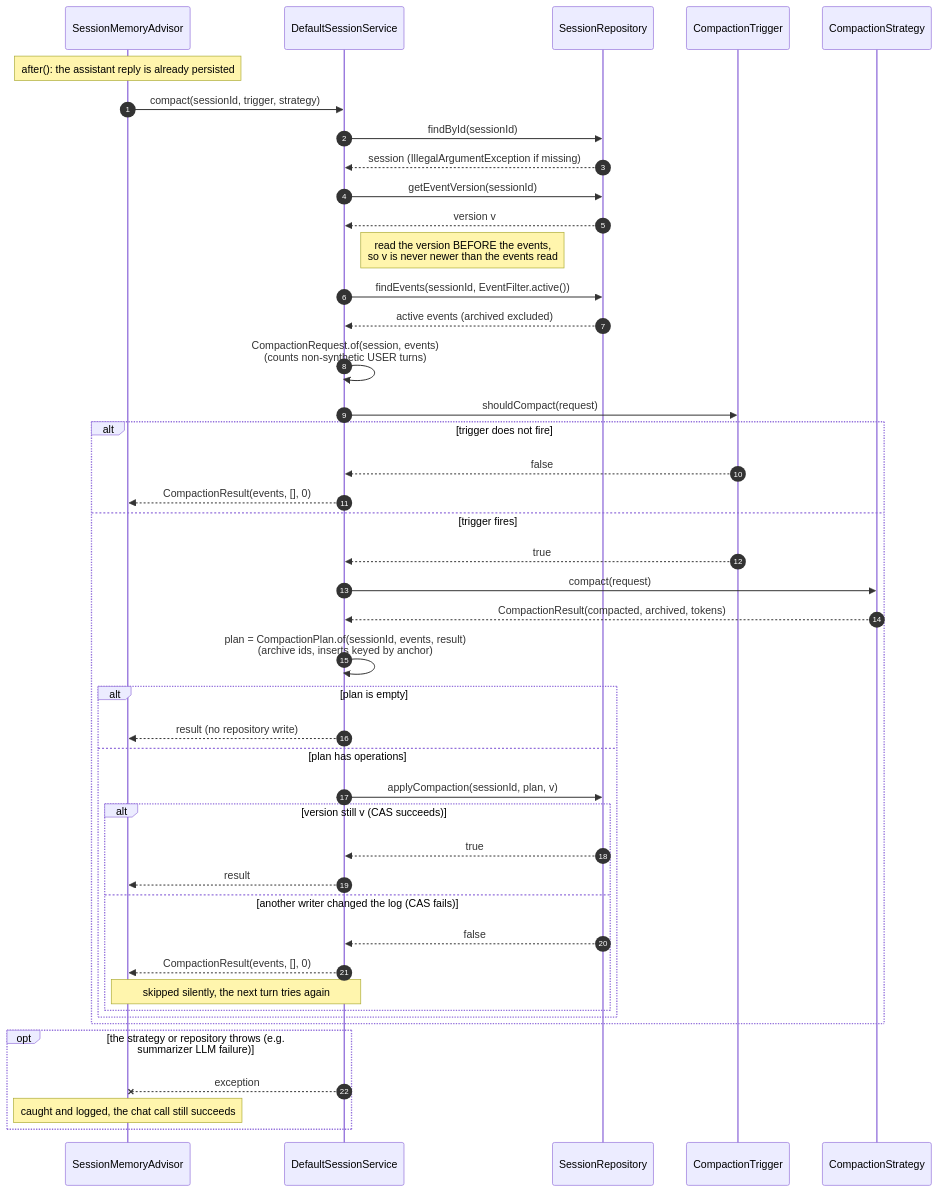
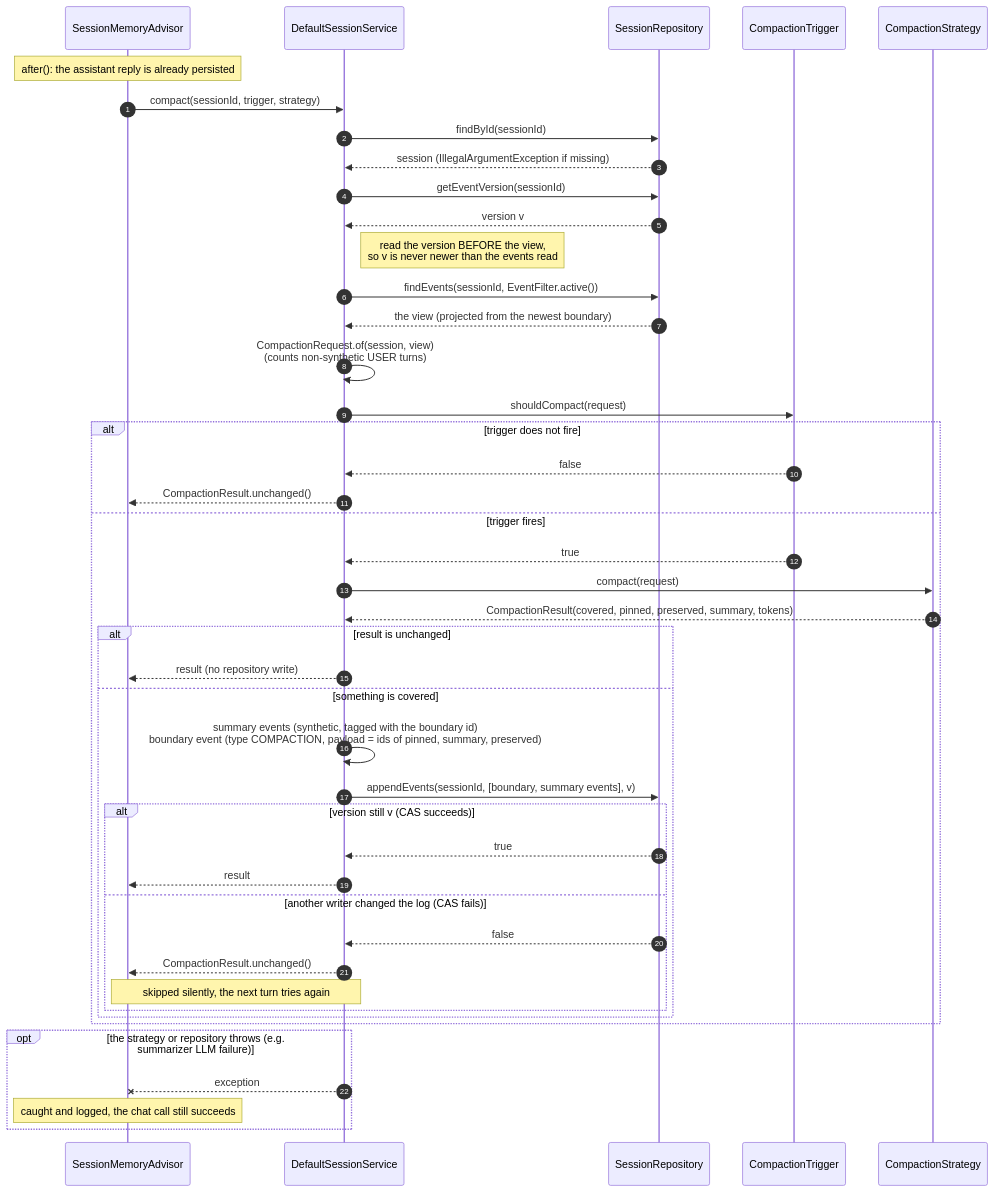
The fourth of 9 diagrams in docs/session-management/compaction-internals.md (spring-ai-community/spring-ai-session), drawn with Mermaid before and after one commit. The commit also changed other lines of this file and 53 other files, not shown here.

First line of the commit message:
Record compaction as an appended boundary and project the active view

````diff
--- a/docs/session-management/compaction-internals.md
+++ b/docs/session-management/compaction-internals.md
@@ -207,47 +224,47 @@
 ```mermaid
 sequenceDiagram
     autonumber
     participant Adv as SessionMemoryAdvisor
     participant Svc as DefaultSessionService
     participant Repo as SessionRepository
     participant Trg as CompactionTrigger
     participant Str as CompactionStrategy
 
     Note over Adv: after(): the assistant reply is already persisted
     Adv->>Svc: compact(sessionId, trigger, strategy)
     Svc->>Repo: findById(sessionId)
     Repo-->>Svc: session (IllegalArgumentException if missing)
     Svc->>Repo: getEventVersion(sessionId)
     Repo-->>Svc: version v
-    Note right of Svc: read the version BEFORE the events,<br/>so v is never newer than the events read
+    Note right of Svc: read the version BEFORE the view,<br/>so v is never newer than the events read
     Svc->>Repo: findEvents(sessionId, EventFilter.active())
-    Repo-->>Svc: active events (archived excluded)
-    Svc->>Svc: CompactionRequest.of(session, events)<br/>(counts non-synthetic USER turns)
+    Repo-->>Svc: the view (projected from the newest boundary)
+    Svc->>Svc: CompactionRequest.of(session, view)<br/>(counts non-synthetic USER turns)
     Svc->>Trg: shouldCompact(request)
     alt trigger does not fire
         Trg-->>Svc: false
-        Svc-->>Adv: CompactionResult(events, [], 0)
+        Svc-->>Adv: CompactionResult.unchanged()
     else trigger fires
         Trg-->>Svc: true
         Svc->>Str: compact(request)
-        Str-->>Svc: CompactionResult(compacted, archived, tokens)
-        Svc->>Svc: plan = CompactionPlan.of(sessionId, events, result)<br/>(archive ids, inserts keyed by anchor)
-        alt plan is empty
+        Str-->>Svc: CompactionResult(covered, pinned, preserved, summary, tokens)
+        alt result is unchanged
             Svc-->>Adv: result (no repository write)
-        else plan has operations
-            Svc->>Repo: applyCompaction(sessionId, plan, v)
+        else something is covered
+            Svc->>Svc: summary events (synthetic, tagged with the boundary id)<br/>boundary event (type COMPACTION, payload = ids of pinned, summary, preserved)
+            Svc->>Repo: appendEvents(sessionId, [boundary, summary events], v)
             alt version still v (CAS succeeds)
                 Repo-->>Svc: true
                 Svc-->>Adv: result
             else another writer changed the log (CAS fails)
                 Repo-->>Svc: false
-                Svc-->>Adv: CompactionResult(events, [], 0)
+                Svc-->>Adv: CompactionResult.unchanged()
                 Note over Svc,Adv: skipped silently, the next turn tries again
             end
         end
     end
     opt the strategy or repository throws (e.g. summarizer LLM failure)
         Svc--xAdv: exception
         Note over Adv: caught and logged, the chat call still succeeds
     end
 ```
````
